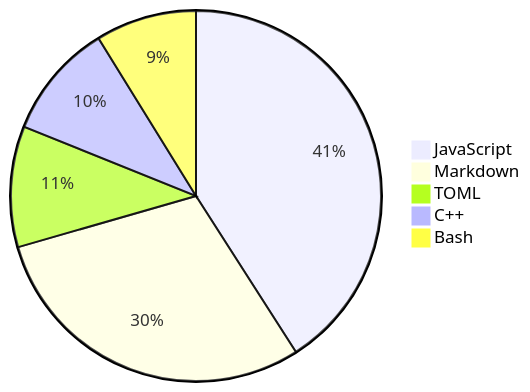
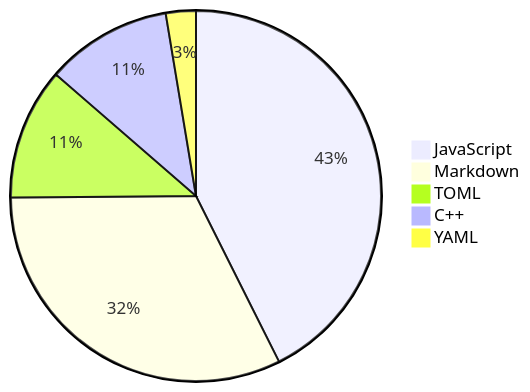
Before and after one commit to Alicia111/alicia111: the diagram in README.md, drawn with Mermaid.

Commit message:
Update WakaTime stats (・ω・)b

````diff
--- a/README.md
+++ b/README.md
@@ -32,8 +32,8 @@
 ```mermaid
 pie
-    "JavaScript" : 37.2
-    "Markdown" : 26.91
-    "TOML" : 9.59
-    "C++" : 9.17
-    "Bash" : 8.01
+    "JavaScript" : 39.33
+    "Markdown" : 29.79
+    "TOML" : 10.61
+    "C++" : 10.16
+    "YAML" : 2.42
 ```
````
